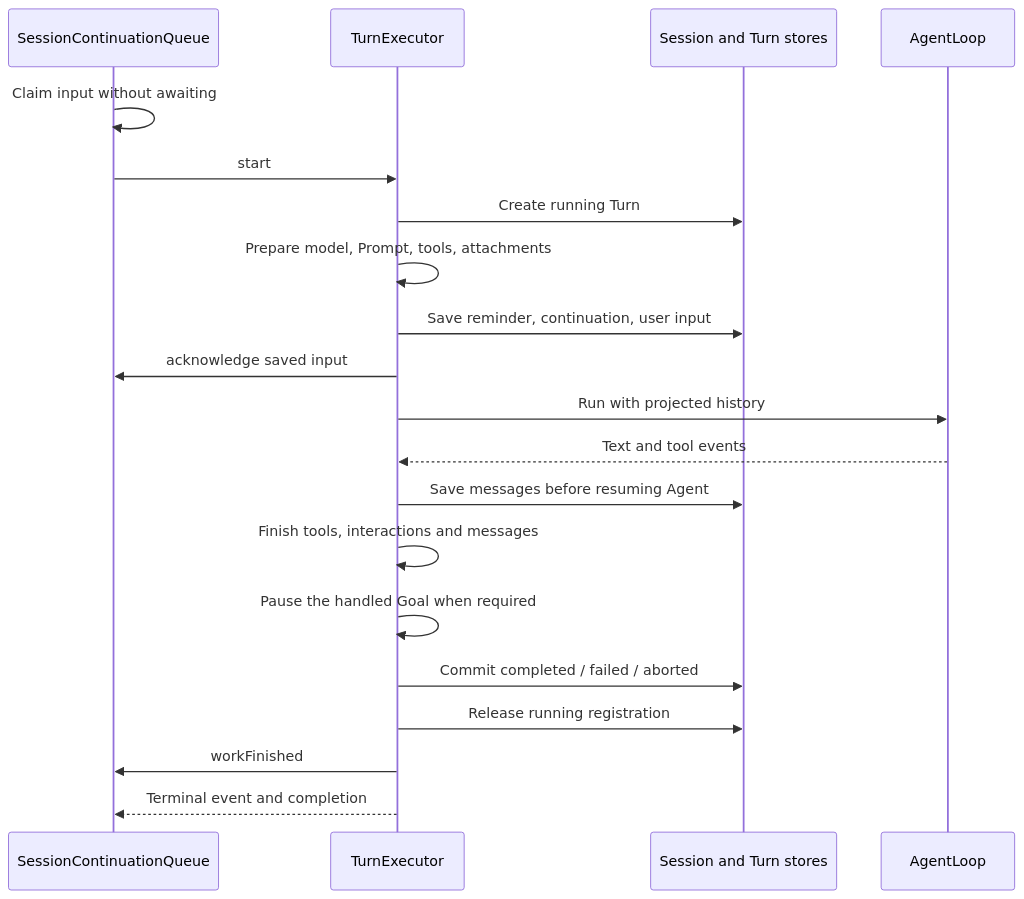
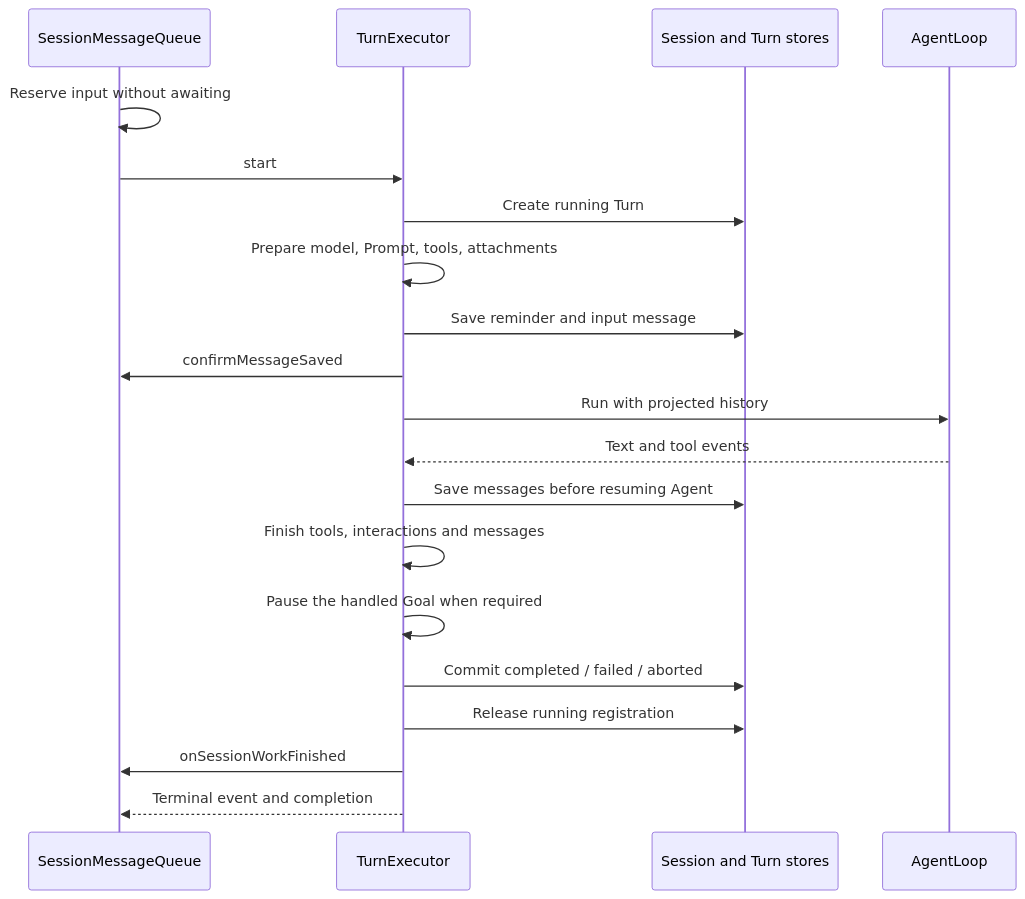
Before and after one commit to chengyuZou/EmaAgent: the diagram in src/turn/README.md, drawn with Mermaid. The commit also changed other lines of this file and 35 other files, not shown here.

First line of the commit message:
refactor: rename userMessageBlocks to inputBlocks in PreparedTurn interface and related functions

````diff
--- a/src/turn/README.md
+++ b/src/turn/README.md
@@ -11,22 +11,22 @@
 ```mermaid
 sequenceDiagram
-  participant Queue as SessionContinuationQueue
+  participant Queue as SessionMessageQueue
   participant Turn as TurnExecutor
   participant SQL as Session and Turn stores
   participant Agent as AgentLoop
-  Queue->>Queue: Claim input without awaiting
+  Queue->>Queue: Reserve input without awaiting
   Queue->>Turn: start
   Turn->>SQL: Create running Turn
   Turn->>Turn: Prepare model, Prompt, tools, attachments
-  Turn->>SQL: Save reminder, continuation, user input
-  Turn->>Queue: acknowledge saved input
+  Turn->>SQL: Save reminder and input message
+  Turn->>Queue: confirmMessageSaved
   Turn->>Agent: Run with projected history
   Agent-->>Turn: Text and tool events
   Turn->>SQL: Save messages before resuming Agent
   Turn->>Turn: Finish tools, interactions and messages
   Turn->>Turn: Pause the handled Goal when required
   Turn->>SQL: Commit completed / failed / aborted
   Turn->>SQL: Release running registration
-  Turn->>Queue: workFinished
+  Turn->>Queue: onSessionWorkFinished
   Turn-->>Queue: Terminal event and completion
 ```
````
